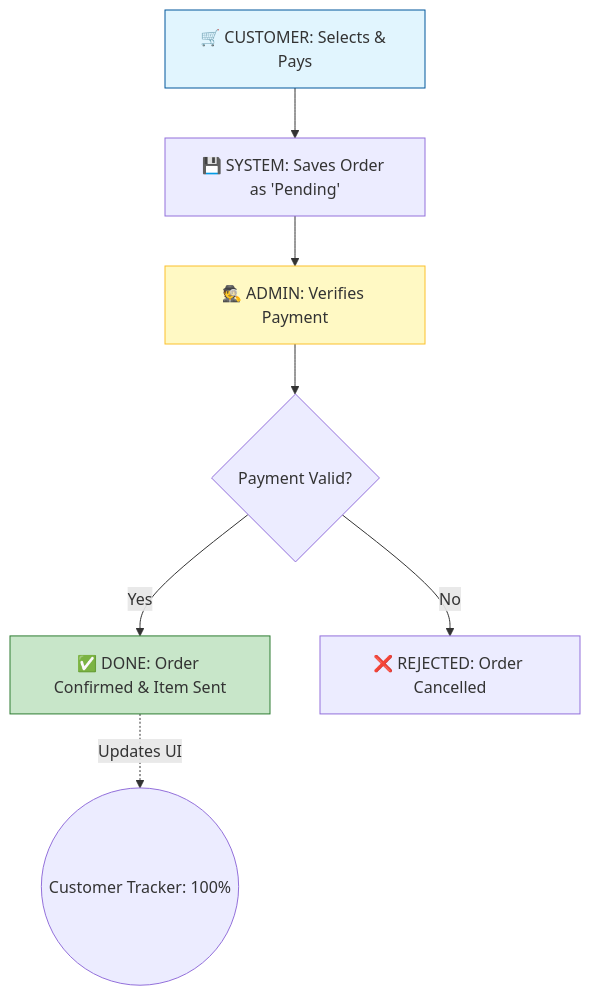
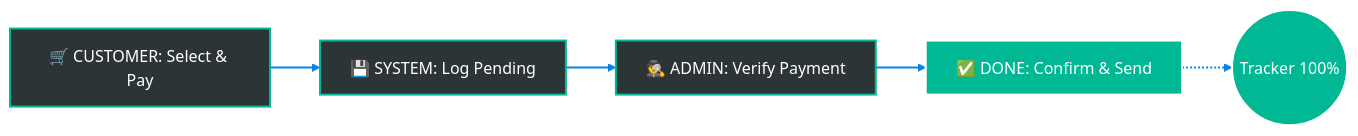
Before and after one commit to Jaylo01/tech-noblade: the second of 3 diagrams in DOCUMENTATION.md, drawn with Mermaid. The commit also changed other lines of this file, not shown here.

````diff
--- a/DOCUMENTATION.md
+++ b/DOCUMENTATION.md
@@ -62,15 +58,19 @@
 ```mermaid
-graph TD
-    A[🛒 CUSTOMER: Selects & Pays] --> B[💾 SYSTEM: Saves Order as 'Pending']
-    B --> C[🕵️ ADMIN: Verifies Payment]
-    C --> D{Payment Valid?}
-    D -- Yes --> E[✅ DONE: Order Confirmed & Item Sent]
-    D -- No --> F[❌ REJECTED: Order Cancelled]
+graph LR
+    %% Classes
+    classDef step fill:#2d3436,stroke:#00b894,stroke-width:2px,color:#fff;
+    classDef highlight fill:#00b894,stroke:#fff,stroke-width:2px,color:#fff;
 
-    %% Real-time synchronization
-    E -. "Updates UI" .-> G((Customer Tracker: 100%))
+    A[🛒 CUSTOMER: Select & Pay]:::step
+    B[💾 SYSTEM: Log Pending]:::step
+    C[🕵️ ADMIN: Verify Payment]:::step
+    D[✅ DONE: Confirm & Send]:::highlight
+
+    A --> B
+    B --> C
+    C --> D
     
-    style A fill:#e1f5fe,stroke:#01579b
-    style C fill:#fff9c4,stroke:#fbc02d
-    style E fill:#c8e6c9,stroke:#2e7d32
+    D -.-> E((Tracker 100%)):::highlight
+
+    linkStyle default stroke:#0984e3,stroke-width:2px;
 ```
````
